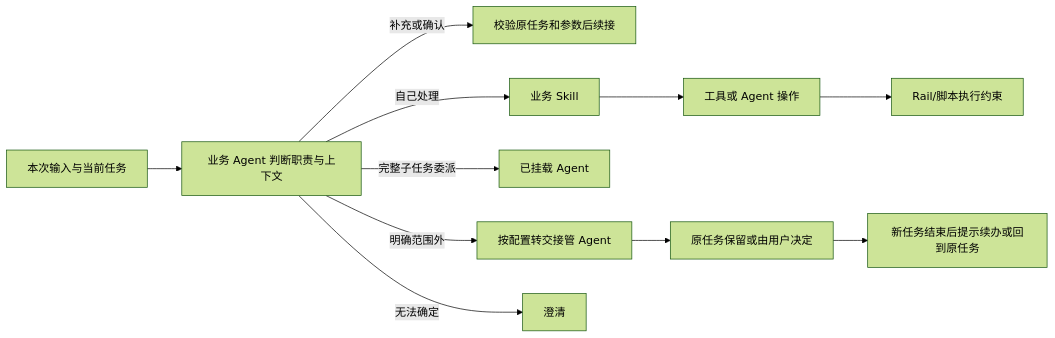
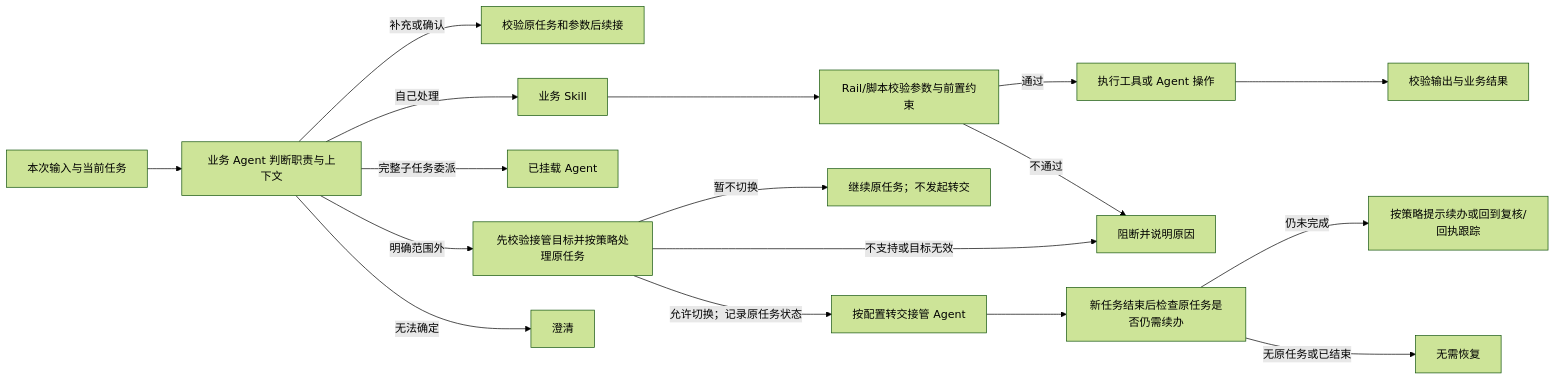
Before and after one commit to Vincenttao/agent-builder-java: the second of 2 diagrams in docs/Agent开发工作台_PRD_v2.0.md, drawn with Mermaid (forest theme). The commit also changed other lines of this file and 3 other files, not shown here.

````diff
--- a/docs/Agent开发工作台_PRD_v2.0.md
+++ b/docs/Agent开发工作台_PRD_v2.0.md
@@ -239,13 +240,19 @@
 ```mermaid
 flowchart LR
   U[本次输入与当前任务] --> B[业务 Agent 判断职责与上下文]
   B -->|补充或确认| C[校验原任务和参数后续接]
   B -->|自己处理| S[业务 Skill]
-  S --> O[工具或 Agent 操作]
+  S --> G[Rail/脚本校验参数与前置约束]
+  G -->|通过| O[执行工具或 Agent 操作]
+  G -->|不通过| E[阻断并说明原因]
+  O --> V[校验输出与业务结果]
   B -->|完整子任务委派| A[已挂载 Agent]
-  B -->|明确范围外| R[按配置转交接管 Agent]
-  R --> W[原任务保留或由用户决定]
-  W --> N[新任务结束后提示续办或回到原任务]
+  B -->|明确范围外| W[先校验接管目标并按策略处理原任务]
+  W -->|不支持或目标无效| E
+  W -->|暂不切换| K[继续原任务；不发起转交]
+  W -->|允许切换；记录原任务状态| R[按配置转交接管 Agent]
+  R --> N[新任务结束后检查原任务是否仍需续办]
+  N -->|仍未完成| H[按策略提示续办或回到复核/回执跟踪]
+  N -->|无原任务或已结束| F[无需恢复]
   B -->|无法确定| Q[澄清]
-  O --> G[Rail/脚本执行约束]
 ```
````
